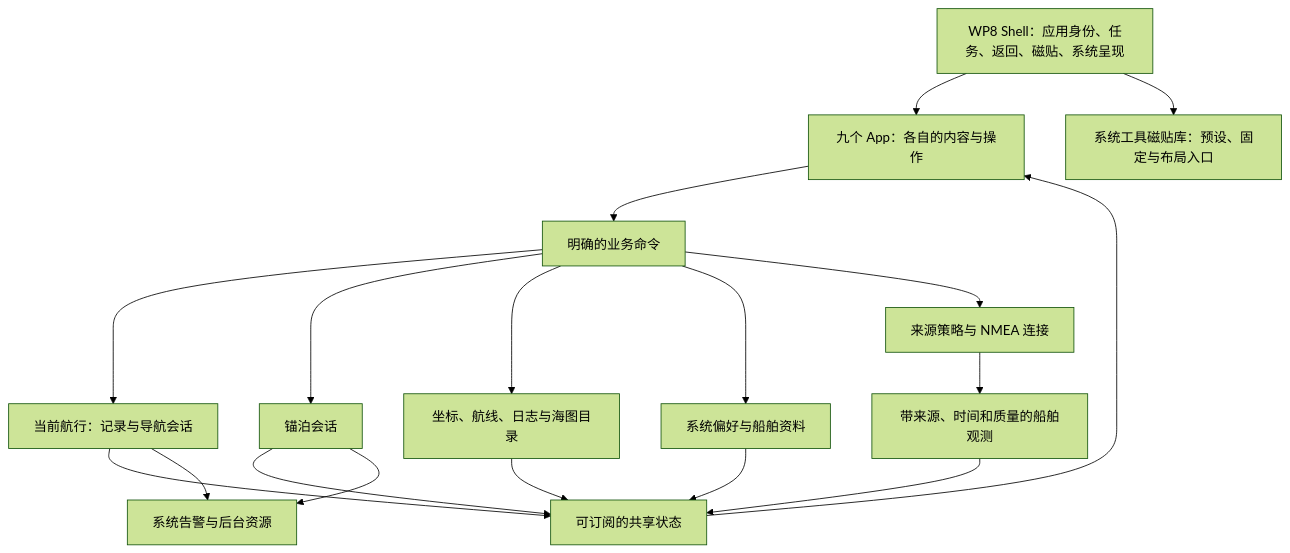
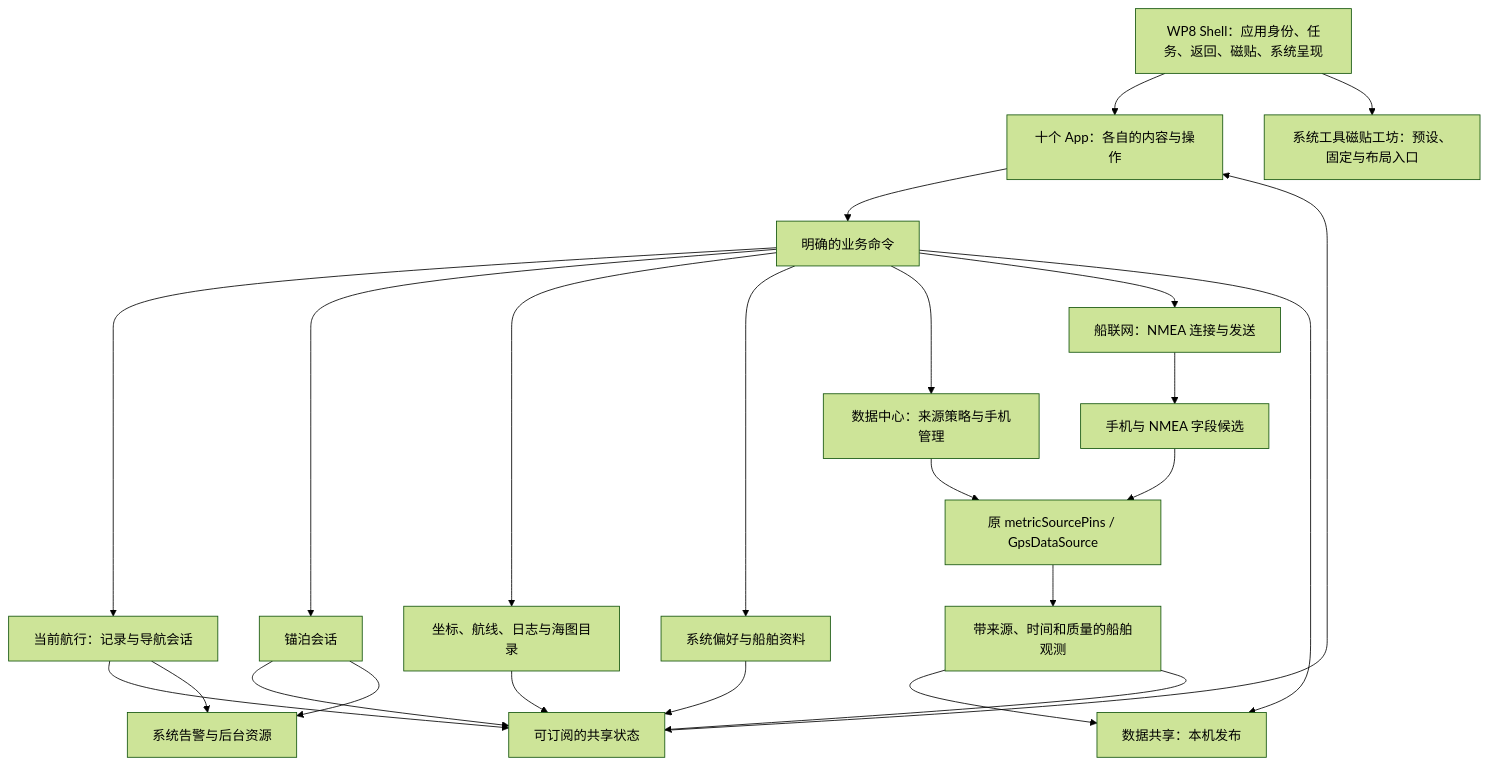
The diagram in docs/product/OS_DOMAIN_MODEL.md (ohkuku/yokuli_marine_shell), drawn with Mermaid (forest theme) before and after one commit. The commit also changed other lines of this file and 45 other files, not shown here.

Commit message:
Separate Data Center ownership and preserve linked app sessions

````diff
--- a/docs/product/OS_DOMAIN_MODEL.md
+++ b/docs/product/OS_DOMAIN_MODEL.md
@@ -54,22 +55,28 @@
 ```mermaid
 flowchart TB
   Shell[WP8 Shell：应用身份、任务、返回、磁贴、系统呈现]
-  Apps[九个 App：各自的内容与操作]
+  Apps[十个 App：各自的内容与操作]
   Shell --> Apps
-  Shell --> Tiles[系统工具磁贴库：预设、固定与布局入口]
+  Shell --> Tiles[系统工具磁贴工坊：预设、固定与布局入口]
   Apps --> Commands[明确的业务命令]
   State[可订阅的共享状态] --> Apps
   Commands --> Voyage[当前航行：记录与导航会话]
   Commands --> Anchor[锚泊会话]
   Commands --> Saved[坐标、航线、日志与海图目录]
   Commands --> Prefs[系统偏好与船舶资料]
-  Commands --> Sources[来源策略与 NMEA 连接]
-  Sources --> Data[带来源、时间和质量的船舶观测]
+  Commands --> SourceCenter[数据中心：来源策略与手机管理]
+  Commands --> Connections[船联网：NMEA 连接与发送]
+  Commands --> Sharing[数据共享：本机发布]
+  SourceCenter --> SourcePolicy[原 metricSourcePins / GpsDataSource]
+  Connections --> Candidates[手机与 NMEA 字段候选]
+  Candidates --> SourcePolicy
+  SourcePolicy --> Data[带来源、时间和质量的船舶观测]
+  Data --> Sharing
   Data --> State
   Voyage --> State
   Anchor --> State
   Saved --> State
   Prefs --> State
   Anchor --> Alerts[系统告警与后台资源]
   Voyage --> Alerts
 ```
````
